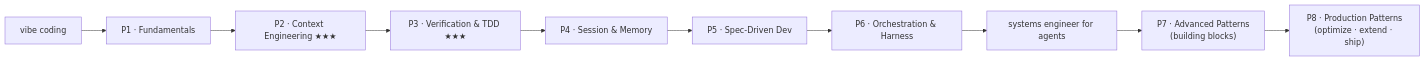
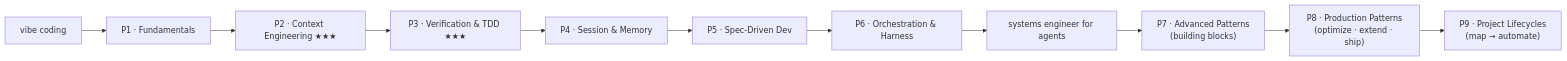
One commit to CodyAMaughan/agent-first-engineering changed the diagram in docs/curriculum/index.md. Above: the diagram before and after it, drawn with Mermaid. The commit also changed other lines of this file and 10 other files, not shown here.

````diff
--- a/docs/curriculum/index.md
+++ b/docs/curriculum/index.md
@@ -15,12 +15,13 @@
 ```mermaid
 flowchart LR
     V[vibe coding] --> P1[P1 · Fundamentals]
     P1 --> P2["P2 · Context Engineering ★★★"]
     P2 --> P3["P3 · Verification & TDD ★★★"]
     P3 --> P4[P4 · Session & Memory]
     P4 --> P5[P5 · Spec-Driven Dev]
     P5 --> P6[P6 · Orchestration & Harness]
     P6 --> S[systems engineer for agents]
     S --> P7["P7 · Advanced Patterns<br/>(building blocks)"]
     P7 --> P8["P8 · Production Patterns<br/>(optimize · extend · ship)"]
+    P8 --> P9["P9 · Project Lifecycles<br/>(map → automate)"]
 ```
````
